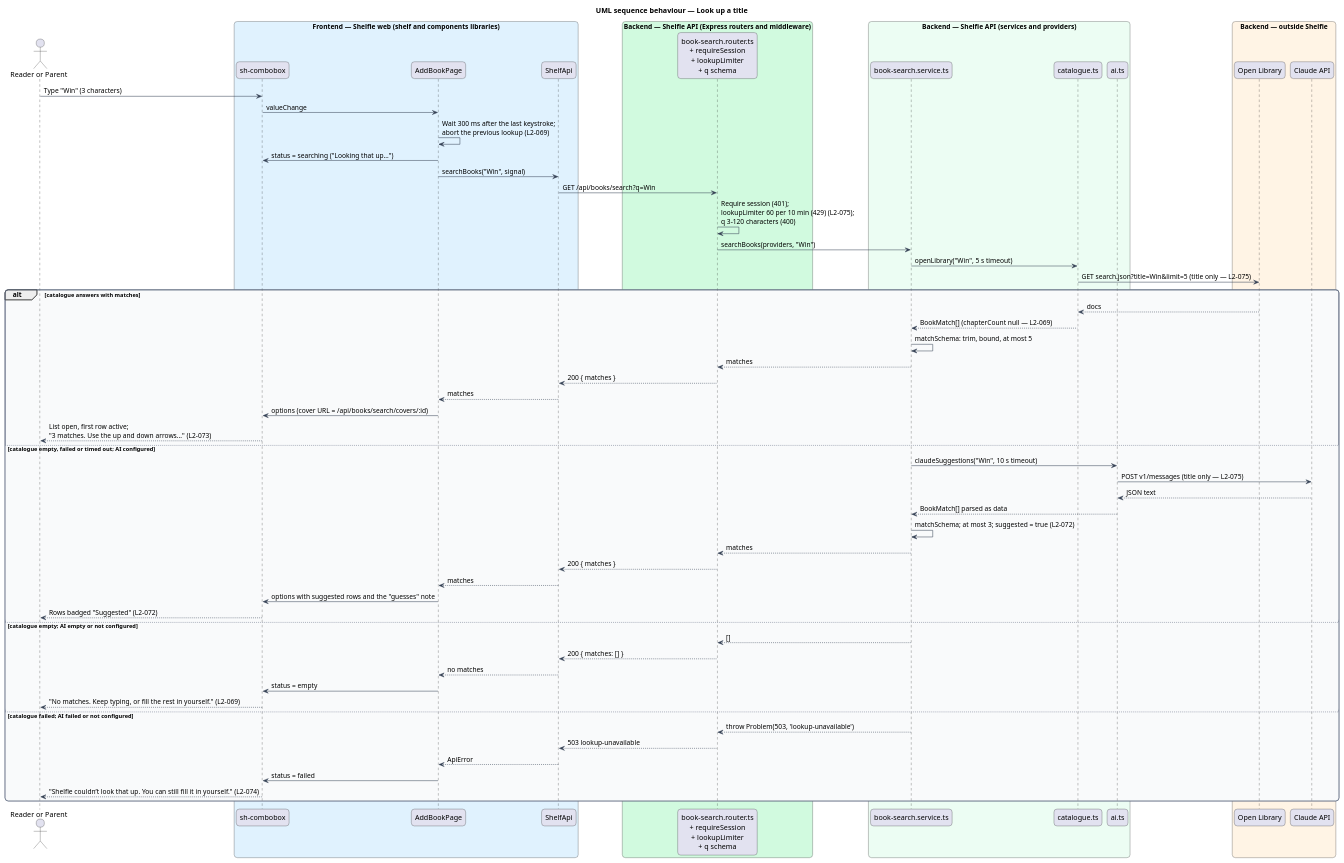
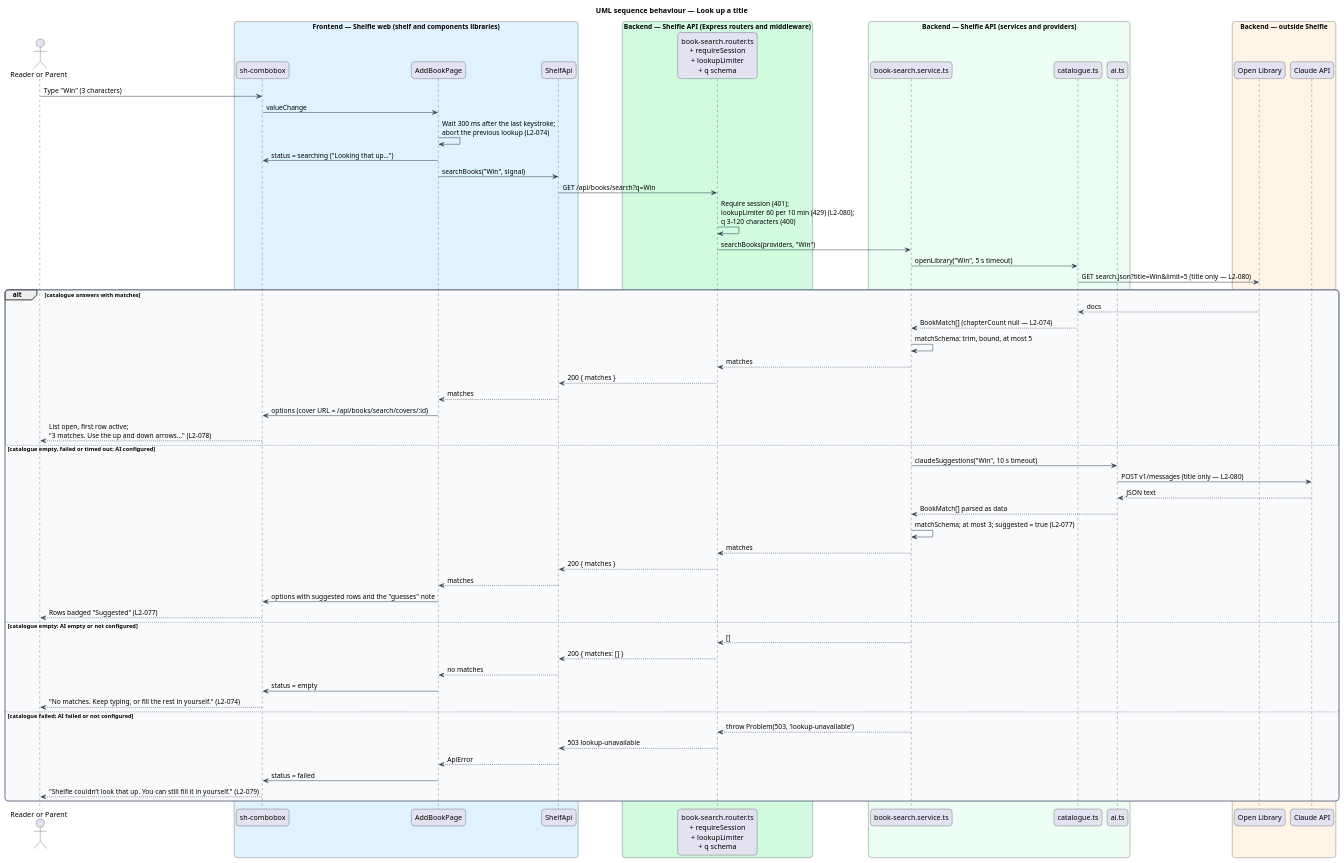
One commit to QuinntyneBrown/shelfie changed the diagram in docs/detailed-designs/books/autocomplete-book/diagrams/sequence-look-up-title.puml. Above: the diagram before and after it, drawn with PlantUML. The commit also changed 32 other files, not shown here.

First line of the commit message:
Renumber book autocomplete to L1-020 and L2-074 to L2-080, move its ADR to docs/adr/0008 and realign docs after rebasing on main

```diff
--- a/docs/detailed-designs/books/autocomplete-book/diagrams/sequence-look-up-title.puml
+++ b/docs/detailed-designs/books/autocomplete-book/diagrams/sequence-look-up-title.puml
@@ -1,79 +1,79 @@
 @startuml
 title UML sequence behaviour — Look up a title
 skinparam backgroundColor #FFFFFF
 skinparam shadowing false
 skinparam roundcorner 12
 skinparam defaultFontName Arial
 skinparam ArrowColor #344054
 skinparam rectangle {
   BorderColor #344054
   FontColor #101828
 }
 skinparam package {
   BorderColor #667085
   FontColor #101828
   BackgroundColor #F9FAFB
 }
 actor "Reader or Parent" as user
 box "Frontend — Shelfie web (shelf and components libraries)" #E0F2FE
   participant "sh-combobox" as combobox
   participant "AddBookPage" as page
   participant "ShelfApi" as client
 end box
 box "Backend — Shelfie API (Express routers and middleware)" #D1FADF
   participant "book-search.router.ts\n+ requireSession\n+ lookupLimiter\n+ q schema" as router
 end box
 box "Backend — Shelfie API (services and providers)" #ECFDF3
   participant "book-search.service.ts" as service
   participant "catalogue.ts" as catalogue
   participant "ai.ts" as ai
 end box
 box "Backend — outside Shelfie" #FFF4E5
   participant "Open Library" as openLibrary
   participant "Claude API" as claude
 end box
 
 user -> combobox : Type "Win" (3 characters)
 combobox -> page : valueChange
-page -> page : Wait 300 ms after the last keystroke;\nabort the previous lookup (L2-069)
+page -> page : Wait 300 ms after the last keystroke;\nabort the previous lookup (L2-074)
 page -> combobox : status = searching ("Looking that up…")
 page -> client : searchBooks("Win", signal)
 client -> router : GET /api/books/search?q=Win
-router -> router : Require session (401);\nlookupLimiter 60 per 10 min (429) (L2-075);\nq 3–120 characters (400)
+router -> router : Require session (401);\nlookupLimiter 60 per 10 min (429) (L2-080);\nq 3–120 characters (400)
 router -> service : searchBooks(providers, "Win")
 service -> catalogue : openLibrary("Win", 5 s timeout)
-catalogue -> openLibrary : GET search.json?title=Win&limit=5 (title only — L2-075)
+catalogue -> openLibrary : GET search.json?title=Win&limit=5 (title only — L2-080)
 alt catalogue answers with matches
   openLibrary --> catalogue : docs
-  catalogue --> service : BookMatch[] (chapterCount null — L2-069)
+  catalogue --> service : BookMatch[] (chapterCount null — L2-074)
   service -> service : matchSchema: trim, bound, at most 5
   service --> router : matches
   router --> client : 200 { matches }
   client --> page : matches
   page -> combobox : options (cover URL = /api/books/search/covers/:id)
-  combobox --> user : List open, first row active;\n"3 matches. Use the up and down arrows…" (L2-073)
+  combobox --> user : List open, first row active;\n"3 matches. Use the up and down arrows…" (L2-078)
 else catalogue empty, failed or timed out; AI configured
   service -> ai : claudeSuggestions("Win", 10 s timeout)
-  ai -> claude : POST v1/messages (title only — L2-075)
+  ai -> claude : POST v1/messages (title only — L2-080)
   claude --> ai : JSON text
   ai --> service : BookMatch[] parsed as data
-  service -> service : matchSchema; at most 3; suggested = true (L2-072)
+  service -> service : matchSchema; at most 3; suggested = true (L2-077)
   service --> router : matches
   router --> client : 200 { matches }
   client --> page : matches
   page -> combobox : options with suggested rows and the "guesses" note
-  combobox --> user : Rows badged "Suggested" (L2-072)
+  combobox --> user : Rows badged "Suggested" (L2-077)
 else catalogue empty; AI empty or not configured
   service --> router : []
   router --> client : 200 { matches: [] }
   client --> page : no matches
   page -> combobox : status = empty
-  combobox --> user : "No matches. Keep typing, or fill the rest in yourself." (L2-069)
+  combobox --> user : "No matches. Keep typing, or fill the rest in yourself." (L2-074)
 else catalogue failed; AI failed or not configured
   service --> router : throw Problem(503, 'lookup-unavailable')
   router --> client : 503 lookup-unavailable
   client --> page : ApiError
   page -> combobox : status = failed
-  combobox --> user : "Shelfie couldn’t look that up. You can still fill it in yourself." (L2-074)
+  combobox --> user : "Shelfie couldn’t look that up. You can still fill it in yourself." (L2-079)
 end
 @enduml
```
